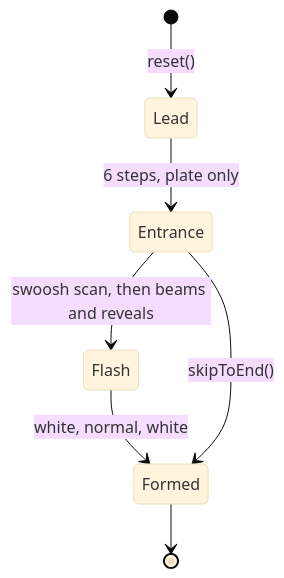
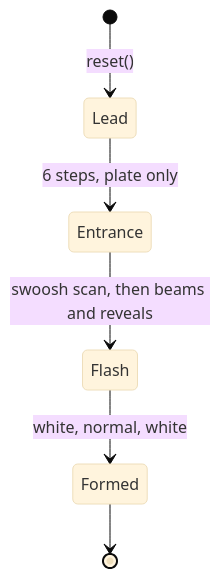
Before and after one commit to JohnLavender474/Megaman-Maverick: the second of 2 diagrams in core/src/main/kotlin/com/megaman/maverick/game/screens/menus/title/README.md, drawn with Mermaid (base theme). The commit also changed other lines of this file and 4 other files, not shown here.

First line of the commit message:
187a: lock the main menu until the title is formed; no skip

````diff
--- a/core/src/main/kotlin/com/megaman/maverick/game/screens/menus/title/README.md
+++ b/core/src/main/kotlin/com/megaman/maverick/game/screens/menus/title/README.md
@@ -27,9 +27,8 @@
 ```mermaid
 stateDiagram-v2
     [*] --> Lead: reset()
     Lead --> Entrance: 6 steps, plate only
     Entrance --> Flash: swoosh scan, then beams and reveals
     Flash --> Formed: white, normal, white
-    Entrance --> Formed: skipToEnd()
     Formed --> [*]
 ```
````
